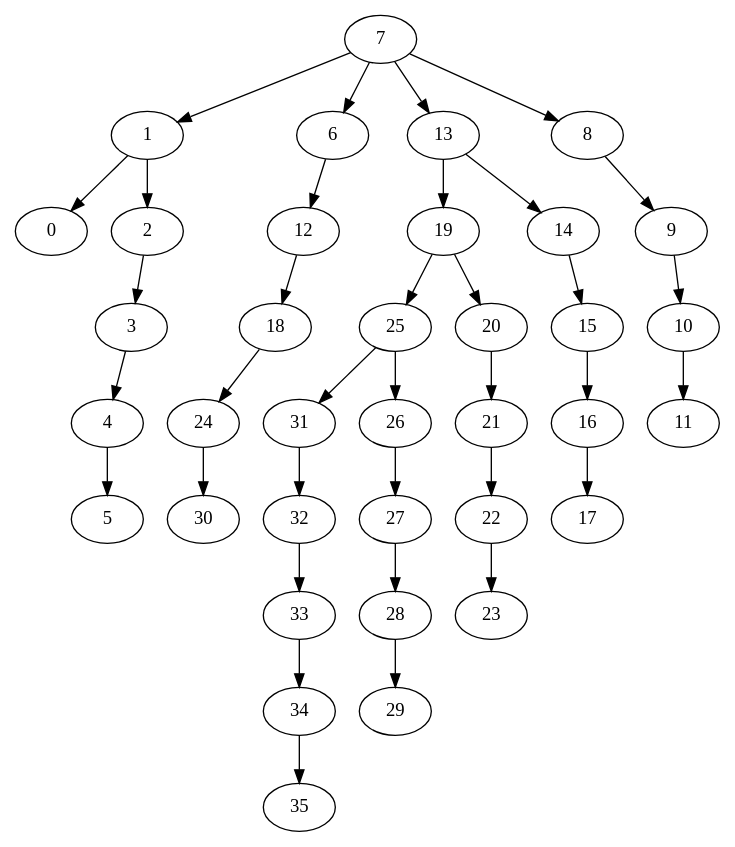
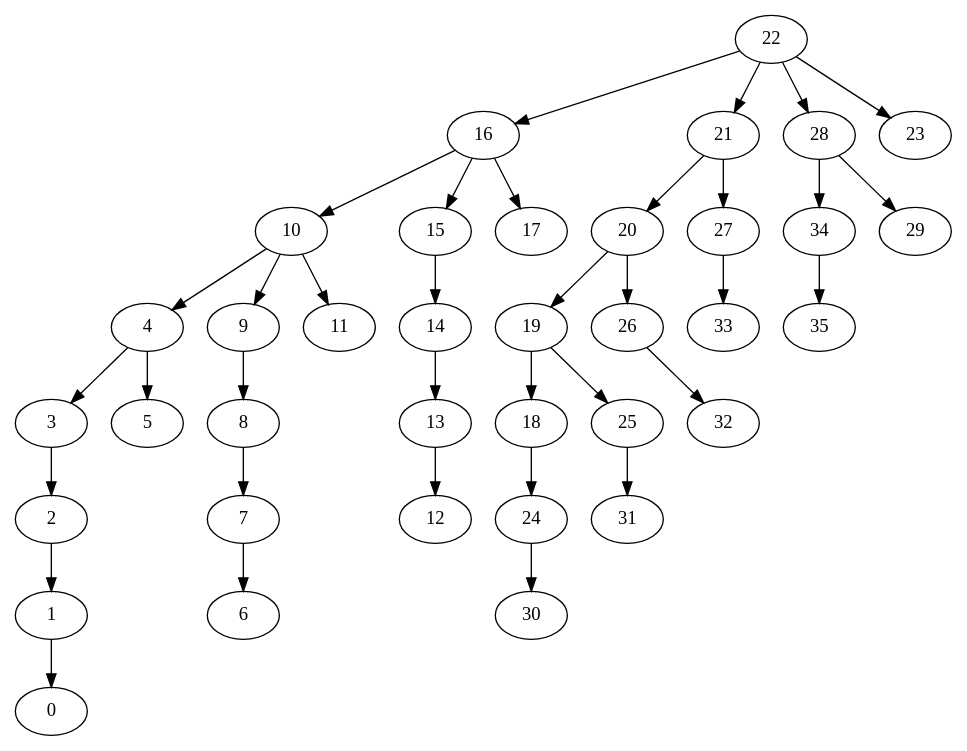
Before and after one commit to MiguelGarridoCastaneda/proyecto-parte2: the diagram in files gv/BFS36Gridgraph.gv, drawn with Graphviz. The commit also changed 158 other files, not shown here.

```diff
--- a/files gv/BFS36Gridgraph.gv
+++ b/files gv/BFS36Gridgraph.gv
@@ -1,73 +1,73 @@
 digraph my_graph {
+22 [label=22]
+16 [label=16]
+21 [label=21]
+28 [label=28]
+23 [label=23]
+10 [label=10]
+15 [label=15]
+17 [label=17]
+20 [label=20]
+27 [label=27]
+34 [label=34]
+29 [label=29]
+4 [label=4]
+9 [label=9]
+11 [label=11]
+14 [label=14]
+19 [label=19]
+26 [label=26]
+33 [label=33]
+35 [label=35]
+3 [label=3]
+5 [label=5]
+8 [label=8]
+13 [label=13]
+18 [label=18]
+25 [label=25]
+32 [label=32]
+2 [label=2]
 7 [label=7]
+12 [label=12]
+24 [label=24]
+31 [label=31]
 1 [label=1]
 6 [label=6]
-13 [label=13]
-8 [label=8]
+30 [label=30]
 0 [label=0]
-2 [label=2]
-12 [label=12]
-19 [label=19]
-14 [label=14]
-9 [label=9]
-3 [label=3]
-18 [label=18]
-25 [label=25]
-20 [label=20]
-15 [label=15]
-10 [label=10]
-4 [label=4]
-24 [label=24]
-31 [label=31]
-26 [label=26]
-21 [label=21]
-16 [label=16]
-11 [label=11]
-5 [label=5]
-30 [label=30]
-32 [label=32]
-27 [label=27]
-22 [label=22]
-17 [label=17]
-33 [label=33]
-28 [label=28]
-23 [label=23]
-34 [label=34]
-29 [label=29]
-35 [label=35]
-7->1
-7->6
-7->13
-7->8
-1->0
-1->2
-6->12
-13->19
-13->14
-8->9
-2->3
-12->18
+22->16
+22->21
+22->28
+22->23
+16->10
+16->15
+16->17
+21->20
+21->27
+28->34
+28->29
+10->4
+10->9
+10->11
+15->14
+20->19
+20->26
+27->33
+34->35
+4->3
+4->5
+9->8
+14->13
+19->18
 19->25
-19->20
-14->15
-9->10
-3->4
+26->32
+3->2
+8->7
+13->12
 18->24
 25->31
-25->26
-20->21
-15->16
-10->11
-4->5
+2->1
+7->6
 24->30
-31->32
-26->27
-21->22
-16->17
-32->33
-27->28
-22->23
-33->34
-28->29
-34->35
+1->0
 }
```
